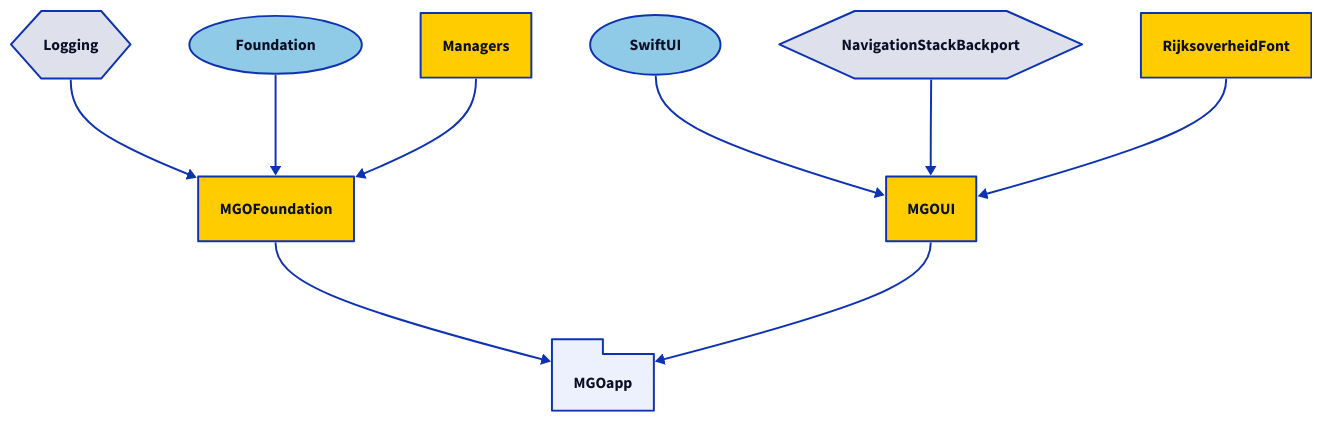
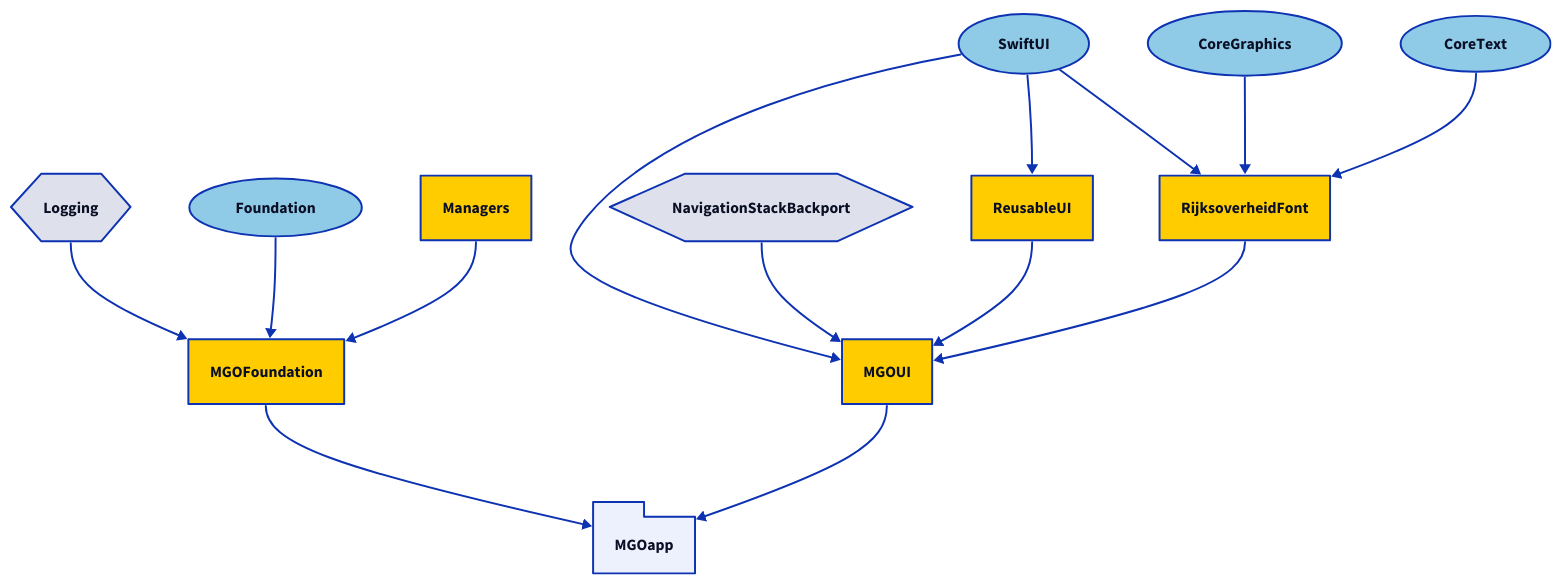
Before and after one commit to minvws/nl-mgo-app-ios: the diagram in Diagrams/packages-withouttests.d2, drawn with D2. The commit also changed 18 other files, not shown here.

```diff
--- a/Diagrams/packages-withouttests.d2
+++ b/Diagrams/packages-withouttests.d2
@@ -1,44 +1,59 @@
 direction: down
 
 # Apple
 SwiftUI: {
   shape: oval
   style.fill: "#8FCAE7"
 }
 Foundation: {
+  shape: oval
+  style.fill: "#8FCAE7"
+}
+CoreGraphics: {
+  shape: oval
+  style.fill: "#8FCAE7"
+}
+CoreText: {
   shape: oval
   style.fill: "#8FCAE7"
 }
 
 # Third-Party
 NavigationStackBackport: {
   shape: hexagon
 }
 Logging: {
   shape: hexagon
 }
 
 # The application
 
 MGOapp: {
   shape: package
 }
 
 MGOapp <- MGOFoundation
 MGOapp <- MGOUI
 
 # - Packages - 
 
 MGOFoundation { style.fill: "#ffcc00" }
 MGOFoundation <- Logging
 MGOFoundation <- Foundation
 MGOFoundation <- Managers
 
 MGOUI { style.fill: "#ffcc00" }
 MGOUI <- SwiftUI
 MGOUI <- NavigationStackBackport
+MGOUI <- ReusableUI
 MGOUI <- RijksoverheidFont
 
 Managers { style.fill: "#ffcc00" }
 
 RijksoverheidFont { style.fill: "#ffcc00" }
+RijksoverheidFont <- SwiftUI
+RijksoverheidFont <- CoreGraphics
+RijksoverheidFont <- CoreText
+
+ReusableUI { style.fill: "#ffcc00" }
+ReusableUI <- SwiftUI
```
